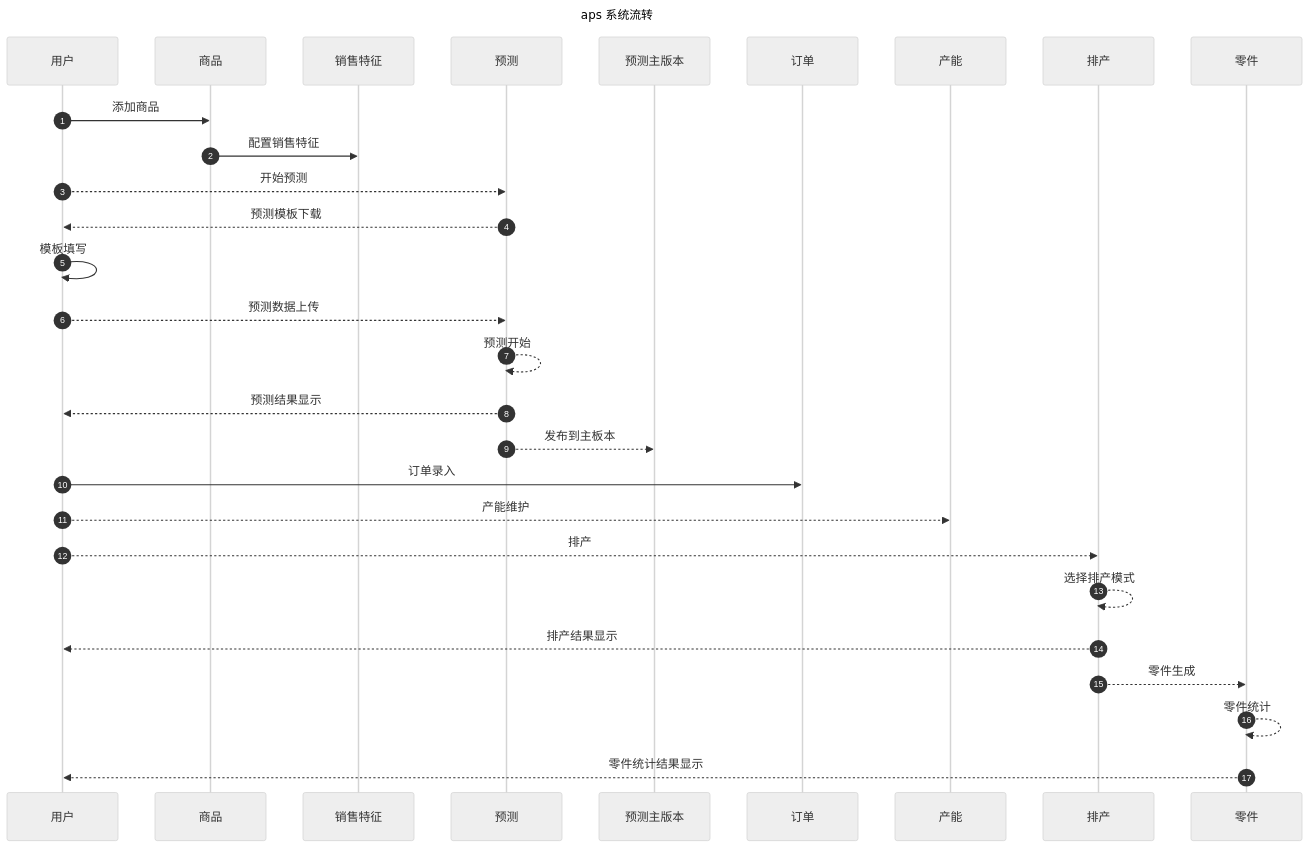
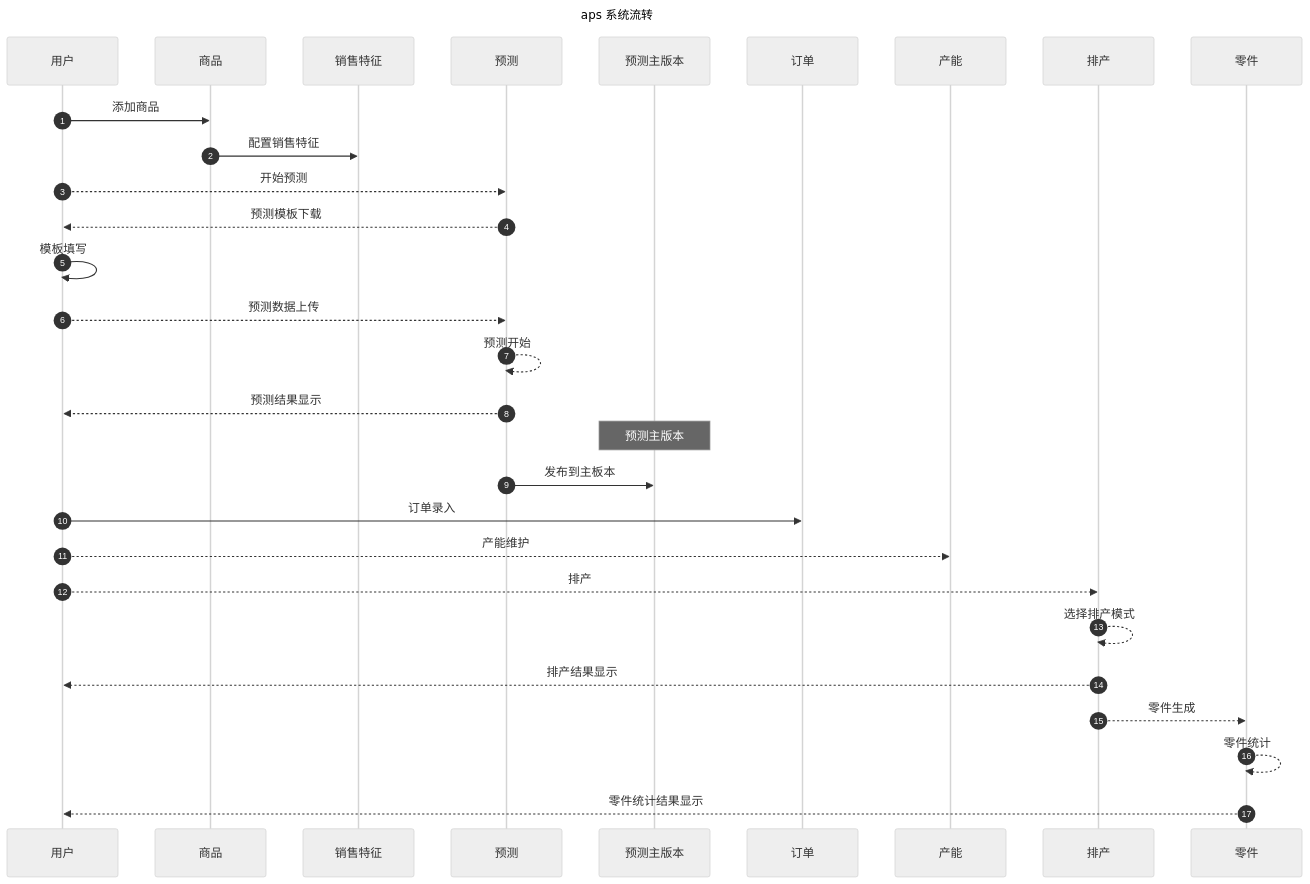
One commit to fca197/aps-inventory-sales changed the diagram in doc/md/aps.md. Above: the diagram before and after it, drawn with Mermaid (neutral theme).

Commit message:
20240329 - 预测版本上传及预览

````diff
--- a/doc/md/aps.md
+++ b/doc/md/aps.md
@@ -3,32 +3,33 @@
 ```mermaid
 sequenceDiagram 
 autonumber
 title: aps 系统流转
 participant U as 用户
 participant G as 商品
 participant SG as 销售特征
 participant F as 预测
 participant FM as 预测主版本
 participant O as  订单
 participant CN as  产能
 participant P as  排产
 participant PART as  零件
 
 U->>G: 添加商品
 G->>SG: 配置销售特征
 U-->>F: 开始预测
 F-->>U: 预测模板下载
 U->>U: 模板填写
 U-->>F: 预测数据上传
 F-->>F: 预测开始
 F-->>U: 预测结果显示
-F-->>FM: 发布到主板本
+note over FM: 预测主版本
+F->>FM: 发布到主板本
 U->>O: 订单录入 
 U-->>CN: 产能维护
 U-->>P: 排产
 P-->>P: 选择排产模式
 P-->>U: 排产结果显示
 P-->>PART: 零件生成
 PART-->>PART: 零件统计
 PART-->>U: 零件统计结果显示
 ``` 
````
